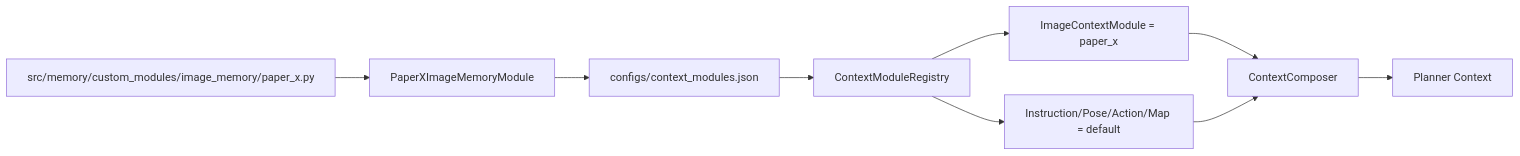
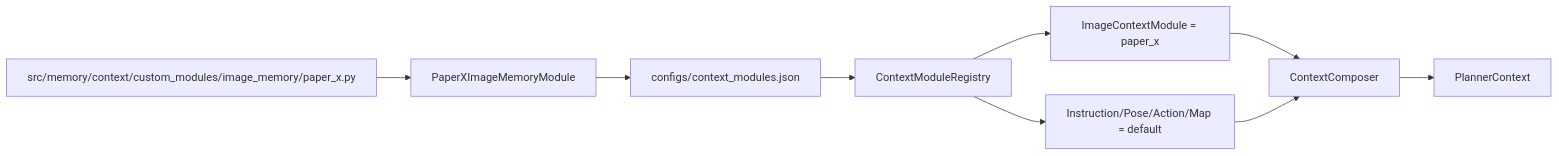
One commit to LZ6years/AeroPilot changed the eighth of 11 diagrams in docs/memory_system/07_diagrams.md. Above: the diagram before and after it, drawn with Mermaid. The commit also changed other lines of this file and 92 other files, not shown here.

````diff
--- a/docs/memory_system/07_diagrams.md
+++ b/docs/memory_system/07_diagrams.md
@@ -121,11 +164,11 @@
 ```mermaid
 flowchart LR
-    A["src/memory/custom_modules/image_memory/paper_x.py"] --> B["PaperXImageMemoryModule"]
+    A["src/memory/context/custom_modules/image_memory/paper_x.py"] --> B["PaperXImageMemoryModule"]
     B --> C["configs/context_modules.json"]
     C --> D["ContextModuleRegistry"]
     D --> E["ImageContextModule = paper_x"]
     D --> F["Instruction/Pose/Action/Map = default"]
     E --> G["ContextComposer"]
     F --> G
-    G --> H["Planner Context"]
+    G --> H["PlannerContext"]
 ```
````
